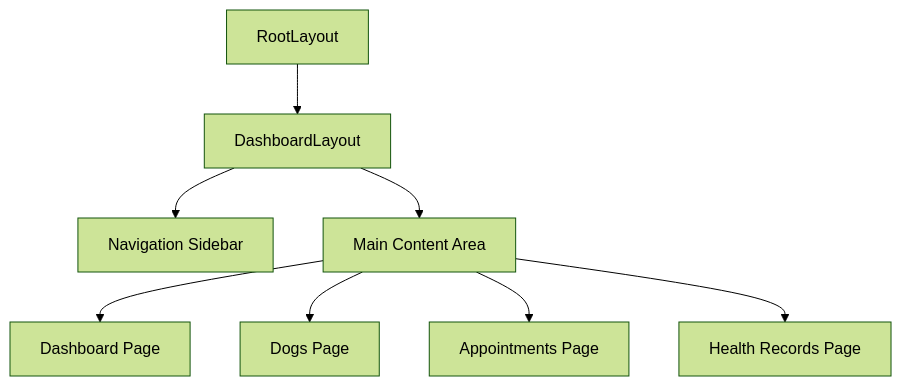
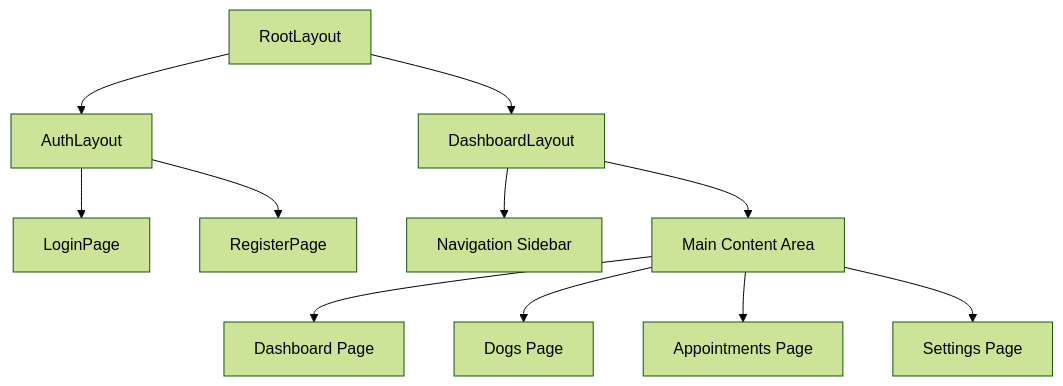
The diagram in docs/COMPONENT_STRUCTURE.md (swaasth/pet_arogya), drawn with Mermaid (forest theme) before and after one commit. The commit also changed other lines of this file and 2 other files, not shown here.

````diff
--- a/docs/COMPONENT_STRUCTURE.md
+++ b/docs/COMPONENT_STRUCTURE.md
@@ -4,10 +4,13 @@
 ```mermaid
 graph TD
-A[RootLayout] --> B[DashboardLayout]
-B --> C[Navigation Sidebar]
-B --> D[Main Content Area]
-D --> E[Dashboard Page]
-D --> F[Dogs Page]
-D --> G[Appointments Page]
-D --> H[Health Records Page]
+A[RootLayout] --> B[AuthLayout]
+B --> C[LoginPage]
+B --> D[RegisterPage]
+A --> E[DashboardLayout]
+E --> F[Navigation Sidebar]
+E --> G[Main Content Area]
+G --> H[Dashboard Page]
+G --> I[Dogs Page]
+G --> J[Appointments Page]
+G --> K[Settings Page]
 ```
````
